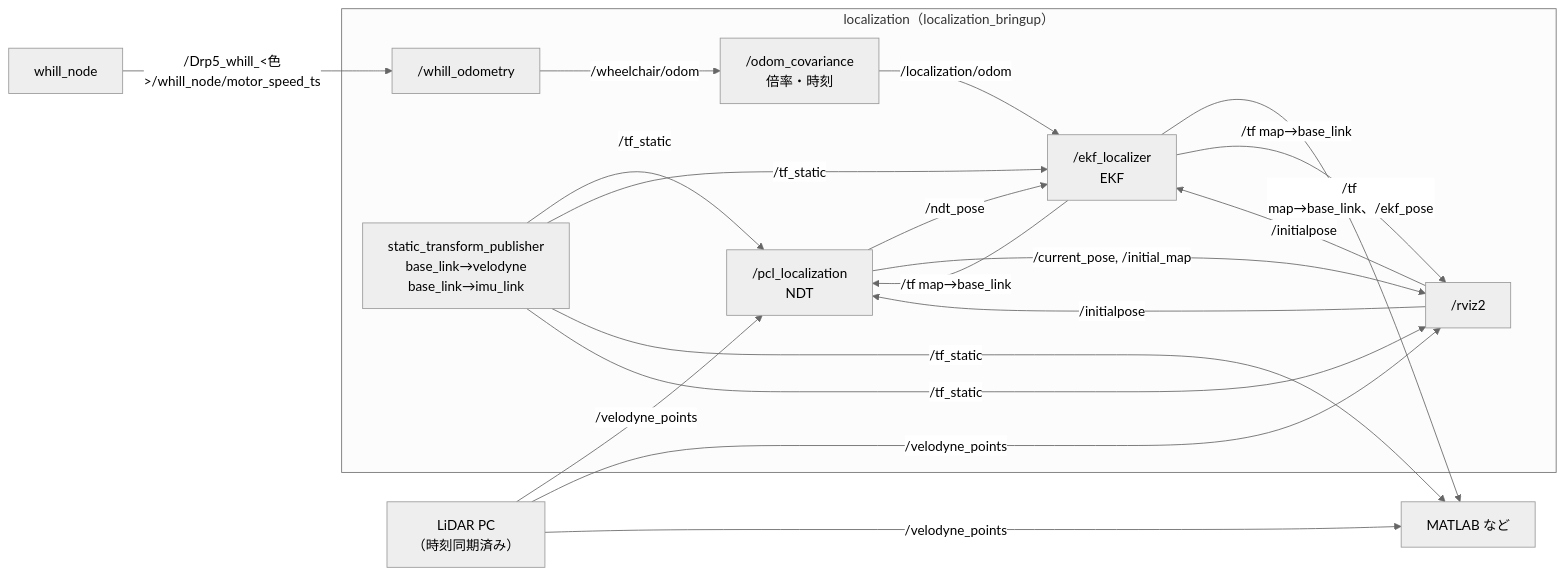
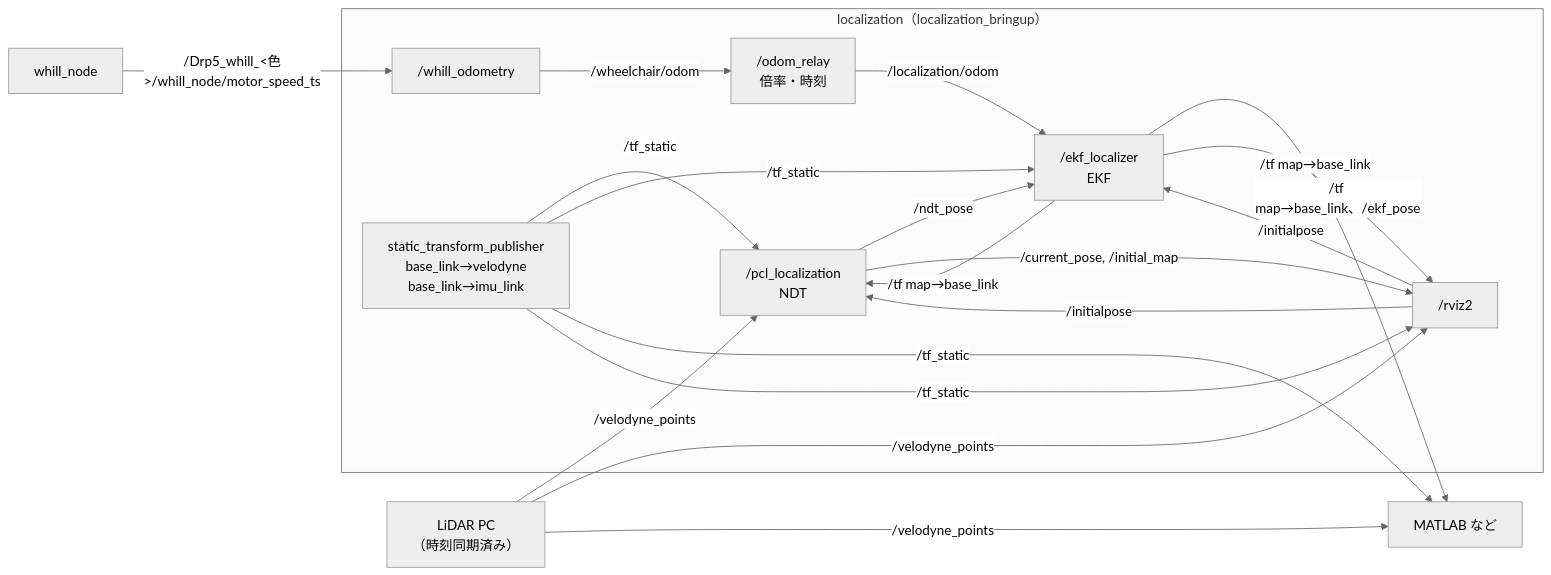
The second of 3 diagrams in docs/node_graph.md (MaeharaTakumi/localization_bringup), drawn with Mermaid (neutral theme) before and after one commit. The commit also changed other lines of this file and 10 other files, not shown here.

````diff
--- a/docs/node_graph.md
+++ b/docs/node_graph.md
@@ -63,35 +63,35 @@
 ```mermaid
 flowchart LR
   lidar["LiDAR PC<br/>（時刻同期済み）"]
   whill["whill_node"]
   subgraph LOC["localization（localization_bringup）"]
     wodom["/whill_odometry"]
     stf["static_transform_publisher<br/>base_link→velodyne<br/>base_link→imu_link"]
     ndt["/pcl_localization<br/>NDT"]
-    ocov["/odom_covariance<br/>倍率・時刻"]
+    orelay["/odom_relay<br/>倍率・時刻"]
     ekf["/ekf_localizer<br/>EKF"]
     rviz["/rviz2"]
   end
 
   user["MATLAB など"]
 
   lidar -->|"/velodyne_points"| ndt
   whill -->|"/Drp5_whill_&lt;色&gt;/whill_node/motor_speed_ts"| wodom
-  wodom -->|"/wheelchair/odom"| ocov
-  ocov -->|"/localization/odom"| ekf
+  wodom -->|"/wheelchair/odom"| orelay
+  orelay -->|"/localization/odom"| ekf
   stf -->|"/tf_static"| ndt
   stf -->|"/tf_static"| ekf
 
   ndt -->|"/ndt_pose"| ekf
   ekf -->|"/tf map→base_link"| ndt
   ekf -->|"/tf map→base_link、/ekf_pose"| user
   stf -->|"/tf_static"| user
   lidar -->|"/velodyne_points"| user
 
   lidar -->|"/velodyne_points"| rviz
   ndt -->|"/current_pose, /initial_map"| rviz
   ekf -->|"/tf map→base_link"| rviz
   stf -->|"/tf_static"| rviz
   rviz -->|"/initialpose"| ndt
   rviz -->|"/initialpose"| ekf
 ```
````
